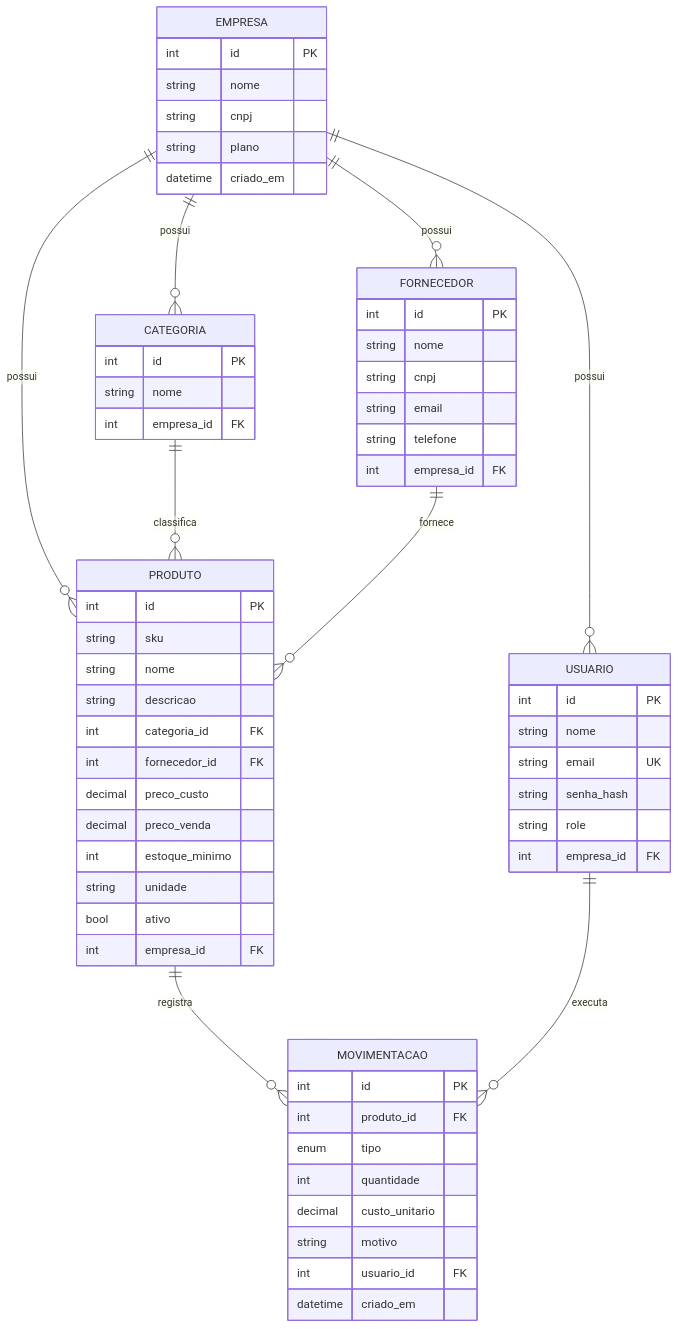
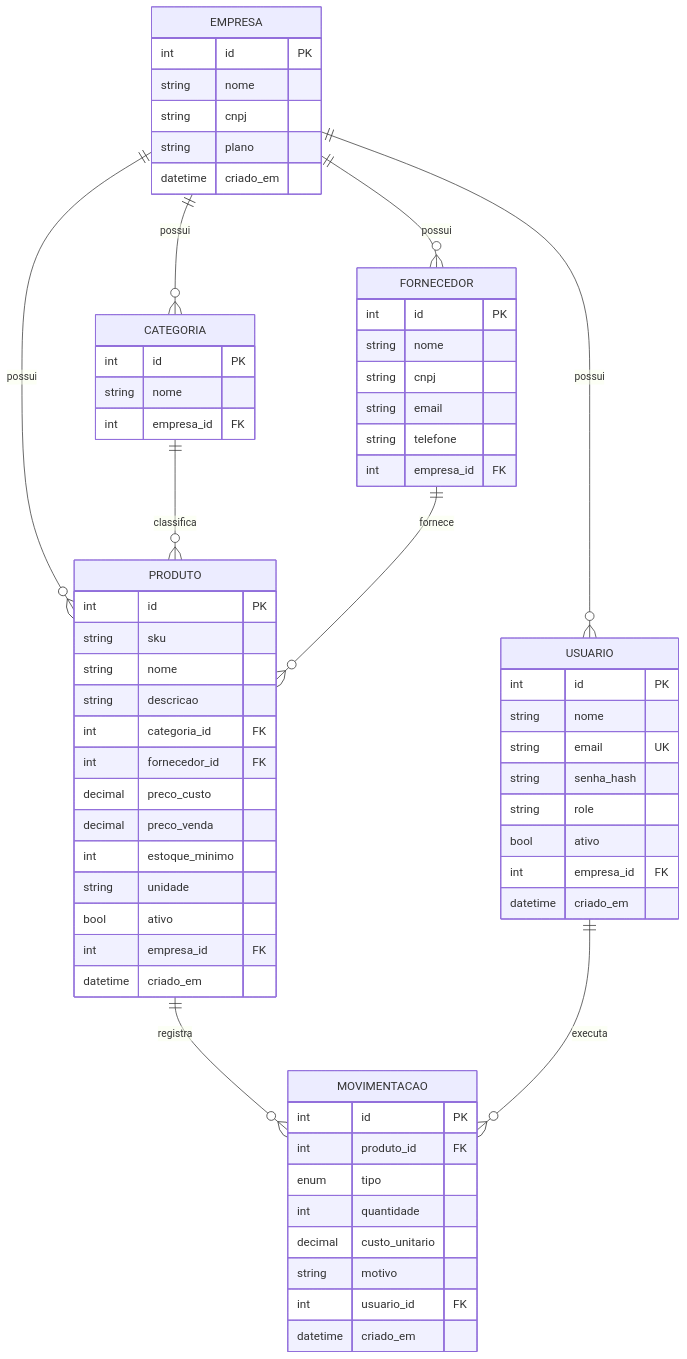
Before and after one commit to terrafelipe/back-end-cp-python: the diagram in README.md, drawn with Mermaid. The commit also changed other lines of this file, not shown here.

Commit message:
Diagrama ER passa a refletir o schema real
Faltavam tres colunas no diagrama: ativo e criado_em em usuario, e
criado_em em produto. Verificado por comparacao automatica: as seis
tabelas agora batem coluna a coluna com o metadata do SQLAlchemy.

Registrada tambem a decisao do usuario.ativo junto das outras: quem ja
registrou movimentacao nao pode ser apagado sem quebrar a trilha de
auditoria, entao a exclusao vira desativacao, pelo mesmo motivo da RN-05.

Claude-Session: https://claude.ai/code/session_01WwTXffB9ffNZ3NQbs83jJH

````diff
--- a/README.md
+++ b/README.md
@@ -139,64 +139,67 @@
 ```mermaid
 erDiagram
     EMPRESA ||--o{ USUARIO : possui
     EMPRESA ||--o{ CATEGORIA : possui
     EMPRESA ||--o{ FORNECEDOR : possui
     EMPRESA ||--o{ PRODUTO : possui
     CATEGORIA ||--o{ PRODUTO : classifica
     FORNECEDOR ||--o{ PRODUTO : fornece
     PRODUTO ||--o{ MOVIMENTACAO : registra
     USUARIO ||--o{ MOVIMENTACAO : executa
 
     EMPRESA {
         int id PK
         string nome
         string cnpj
         string plano
         datetime criado_em
     }
     USUARIO {
         int id PK
         string nome
         string email UK
         string senha_hash
         string role
+        bool ativo
         int empresa_id FK
+        datetime criado_em
     }
     CATEGORIA {
         int id PK
         string nome
         int empresa_id FK
     }
     FORNECEDOR {
         int id PK
         string nome
         string cnpj
         string email
         string telefone
         int empresa_id FK
     }
     PRODUTO {
         int id PK
         string sku
         string nome
         string descricao
         int categoria_id FK
         int fornecedor_id FK
         decimal preco_custo
         decimal preco_venda
         int estoque_minimo
         string unidade
         bool ativo
         int empresa_id FK
+        datetime criado_em
     }
     MOVIMENTACAO {
         int id PK
         int produto_id FK
         enum tipo
         int quantidade
         decimal custo_unitario
         string motivo
         int usuario_id FK
         datetime criado_em
     }
 ```
````
